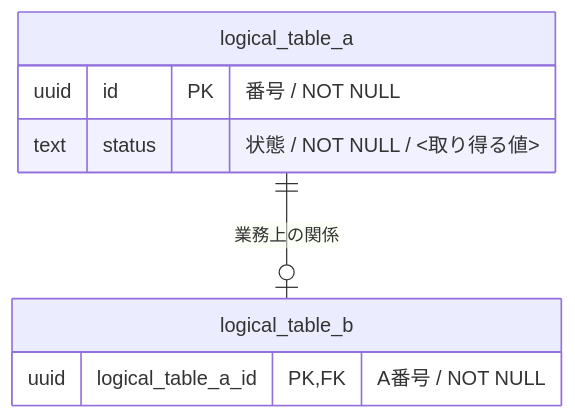
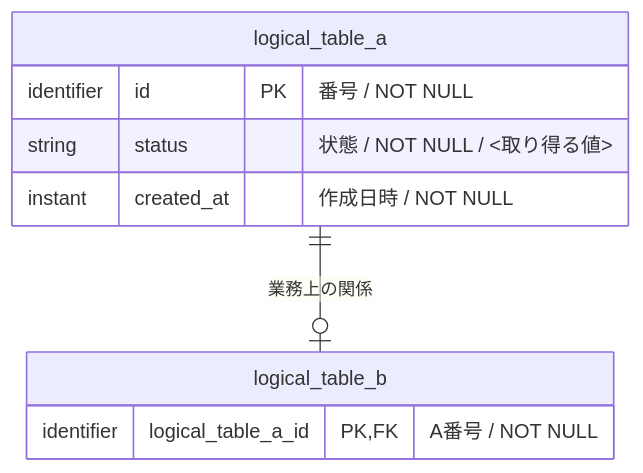
The diagram in plugins/skills/authoring/content-types/assets/templates/rdb-logical-data-modeling.md (nakamori-naoya/write-doc-plugins), drawn with Mermaid before and after one commit. The commit also changed other lines of this file and 45 other files, not shown here.

````diff
--- a/plugins/skills/authoring/content-types/assets/templates/rdb-logical-data-modeling.md
+++ b/plugins/skills/authoring/content-types/assets/templates/rdb-logical-data-modeling.md
@@ -64,11 +67,12 @@
 ```mermaid
 erDiagram
     logical_table_a {
-        uuid id PK "番号 / NOT NULL"
-        text status "状態 / NOT NULL / <取り得る値>"
+        identifier id PK "番号 / NOT NULL"
+        string status "状態 / NOT NULL / <取り得る値>"
+        instant created_at "作成日時 / NOT NULL"
     }
     logical_table_b {
-        uuid logical_table_a_id PK, FK "A番号 / NOT NULL"
+        identifier logical_table_a_id PK, FK "A番号 / NOT NULL"
     }
     logical_table_a ||--o| logical_table_b : "業務上の関係"
 ```
````
